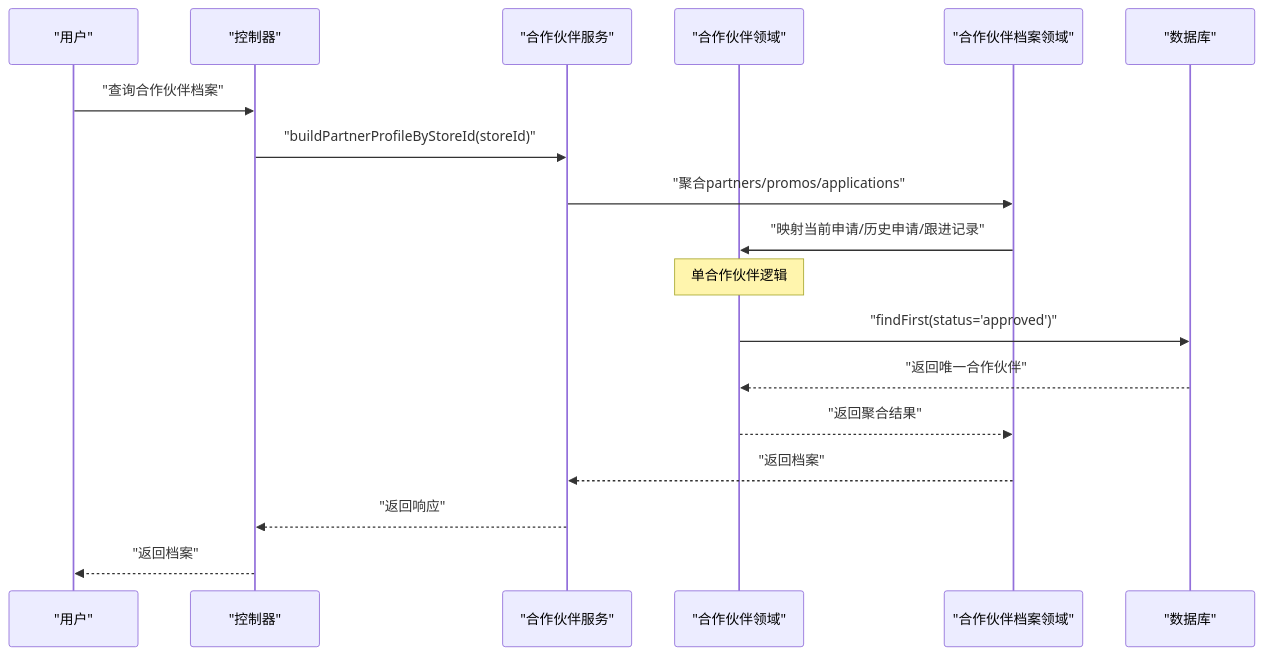
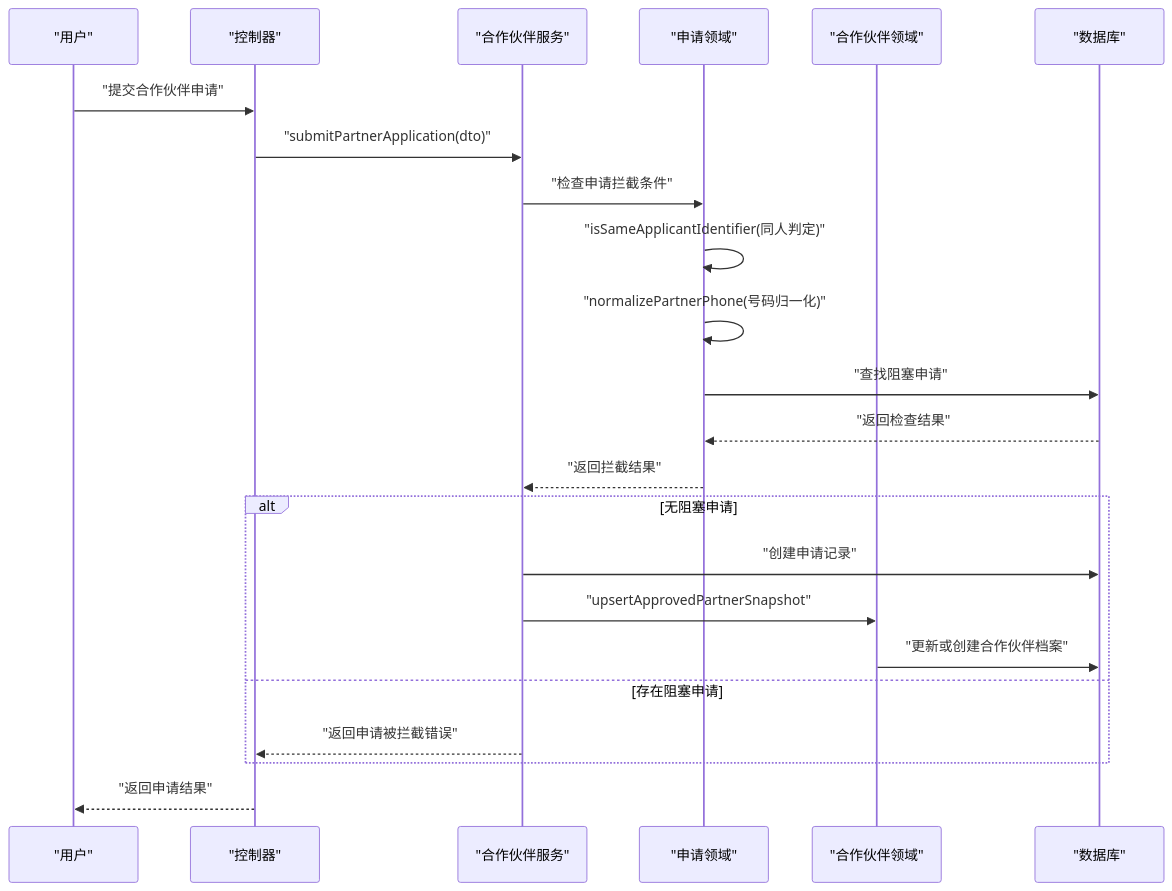
Before and after one commit to rc558620/purelyprofit-server: the fifth of 12 diagrams in .qoder/repowiki/zh/content/业务模块/会员管理模块/平台会员管理.md, drawn with Mermaid. The commit also changed other lines of this file and 19 other files, not shown here.

````diff
--- a/.qoder/repowiki/zh/content/业务模块/会员管理模块/平台会员管理.md
+++ b/.qoder/repowiki/zh/content/业务模块/会员管理模块/平台会员管理.md
@@ -251,20 +254,25 @@
 ```mermaid
 sequenceDiagram
 participant U as "用户"
 participant C as "控制器"
 participant PS as "合作伙伴服务"
+participant PA as "申请领域"
 participant PD as "合作伙伴领域"
-participant PP as "合作伙伴档案领域"
 participant DB as "数据库"
-U->>C : "查询合作伙伴档案"
-C->>PS : "buildPartnerProfileByStoreId(storeId)"
-PS->>PP : "聚合partners/promos/applications"
-PP->>PD : "映射当前申请/历史申请/跟进记录"
-Note over PD : 单合作伙伴逻辑
-PD->>DB : "findFirst(status='approved')"
-DB-->>PD : "返回唯一合作伙伴"
-PD-->>PP : "返回聚合结果"
-PP-->>PS : "返回档案"
-PS-->>C : "返回响应"
-C-->>U : "返回档案"
+U->>C : "提交合作伙伴申请"
+C->>PS : "submitPartnerApplication(dto)"
+PS->>PA : "检查申请拦截条件"
+PA->>PA : "isSameApplicantIdentifier(同人判定)"
+PA->>PA : "normalizePartnerPhone(号码归一化)"
+PA->>DB : "查找阻塞申请"
+DB-->>PA : "返回检查结果"
+PA-->>PS : "返回拦截结果"
+alt 无阻塞申请
+PS->>DB : "创建申请记录"
+PS->>PD : "upsertApprovedPartnerSnapshot"
+PD->>DB : "更新或创建合作伙伴档案"
+else 存在阻塞申请
+PS-->>C : "返回申请被拦截错误"
+end
+C-->>U : "返回申请结果"
 ```
````
